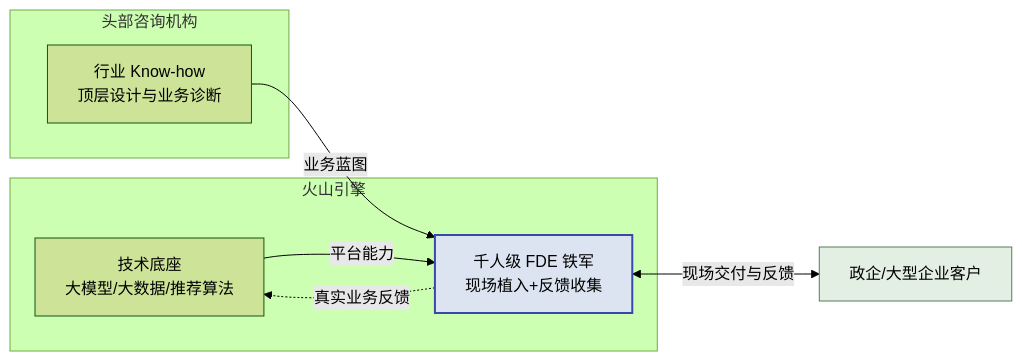
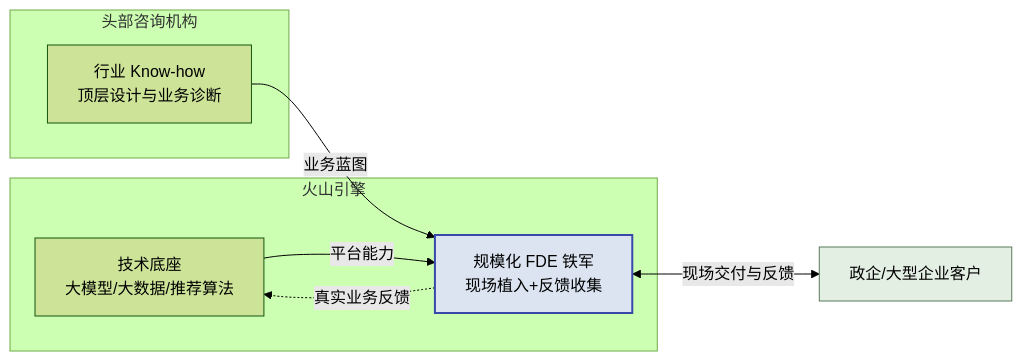
The fourth of 4 diagrams in textbook/第13章_中国云服务商的FDE实践图谱.md (cloudzun/fde-course), drawn with Mermaid (forest theme) before and after one commit. The commit also changed other lines of this file and 8 other files, not shown here.

````diff
--- a/textbook/第13章_中国云服务商的FDE实践图谱.md
+++ b/textbook/第13章_中国云服务商的FDE实践图谱.md
@@ -237,19 +264,19 @@
 ```mermaid
 graph LR
     subgraph vol["火山引擎"]
         P["技术底座<br/>大模型/大数据/推荐算法"]
-        F["千人级 FDE 铁军<br/>现场植入+反馈收集"]
+        F["规模化 FDE 铁军<br/>现场植入+反馈收集"]
     end
     subgraph con["头部咨询机构"]
         C["行业 Know-how<br/>顶层设计与业务诊断"]
     end
     Client["政企/大型企业客户"]
 
     C -->|业务蓝图| F
     P -->|平台能力| F
     F <-->|现场交付与反馈| Client
     F -.->|真实业务反馈| P
 
     style F fill:#dbe4f0,stroke:#3949ab,stroke-width:2px
     style Client fill:#e4efe4,stroke:#5b7a5b
 ```
````
